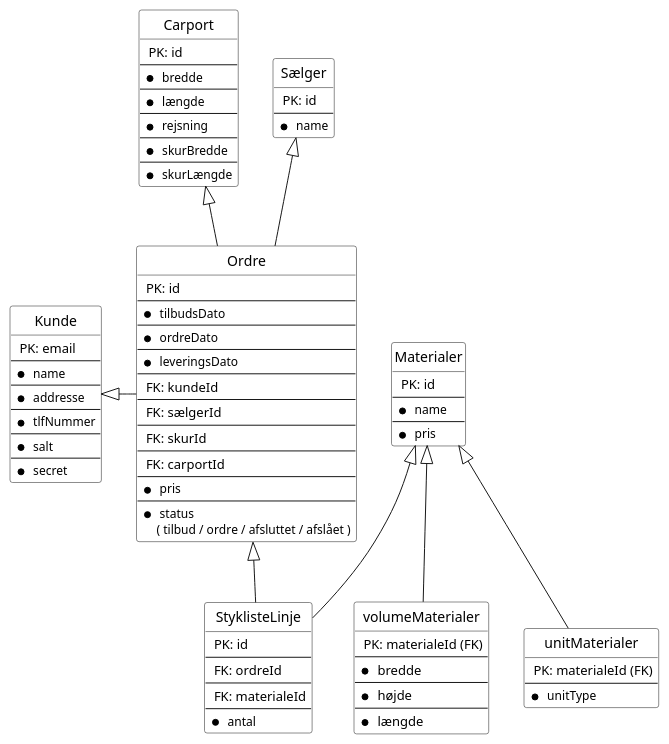
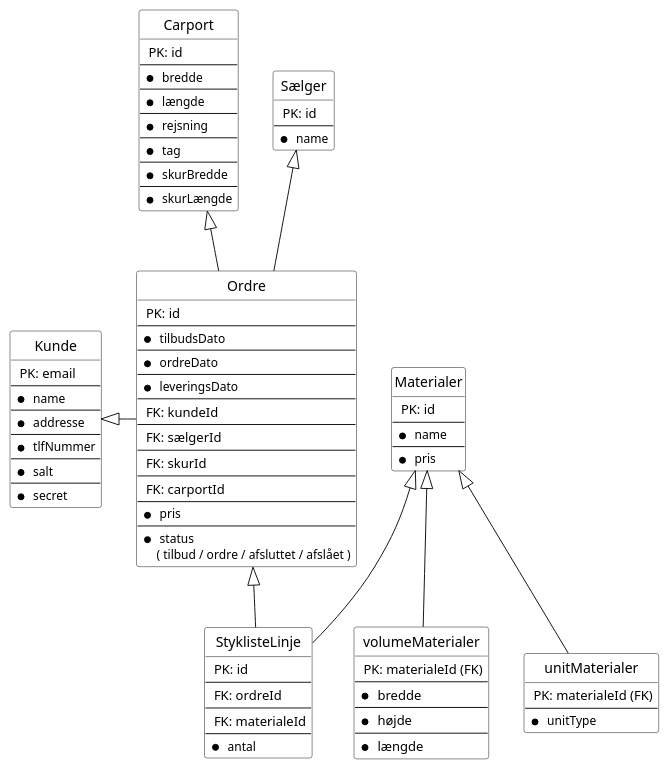
One commit to kalhauge/Fog changed the second of 2 diagrams in src/main/Diagrammer/ER.puml. Above: the diagram before and after it, drawn with PlantUML. The commit also changed 9 other files, not shown here.

```diff
--- a/src/main/Diagrammer/ER.puml
+++ b/src/main/Diagrammer/ER.puml
@@ -104,110 +104,112 @@
 @startuml
 
 skinparam wrapWidth 300
 
 hide circle
 hide empty members
 
 entity Kunde #White {
    <size:13> PK: email
    --
    * <size:12> name
    --
    * <size:12> addresse
    --
    * <size:12> tlfNummer
    --
    * <size:12> salt
    --
    * <size:12> secret
 }
 
 entity Carport #White {
    <size:13> PK: id
    --
    * <size:12> bredde
    --
    * <size:12> længde
    --
    * <size:12> rejsning
+   --
+   * <size:12> tag
    --
    * <size:12> skurBredde
    --
    * <size:12> skurLængde
 }
 
 
 entity Ordre  #White {
    <size:13> PK: id
    --
    * <size:12> tilbudsDato
    --
    * <size:12> ordreDato
    --
    * <size:12> leveringsDato
    --
    <size:13> FK: kundeId
    --
    <size:13> FK: sælgerId
    --
    <size:13> FK: skurId
    --
    <size:13> FK: carportId
    --
    * <size:12> pris
    --
    * <size:12> status
     <size:12>( tilbud / ordre / afsluttet / afslået )
 }
 
 entity unitMaterialer #White {
    <size:13> PK: materialeId (FK)
    --
    * <size:12> unitType
 }
 
 entity volumeMaterialer #White {
    <size:13> PK: materialeId (FK)
    --
    * <size:13> bredde
    --
    * <size:13> højde
    --
    * <size:13> længde
 }
 
 entity Materialer #White {
    <size:13> PK: id
    --
    * <size:12> name
    --
    * <size:12> pris
 }
 
 entity StyklisteLinje #White {
    <size:13> PK: id
    --
   <size:13> FK: ordreId
    --
    <size:13> FK: materialeId
    --
    * <size:12> antal
 }
 
 entity Sælger #White {
    <size:13> PK: id
    --
    * <size:12> name
 }
 
 
 
 
 Kunde <|- Ordre
 Sælger <|-- Ordre
 Carport <|-- Ordre
 Ordre <|-- StyklisteLinje
 Materialer <|-- StyklisteLinje
 Materialer <|-- volumeMaterialer
 Materialer <|-- unitMaterialer
 @enduml
```
